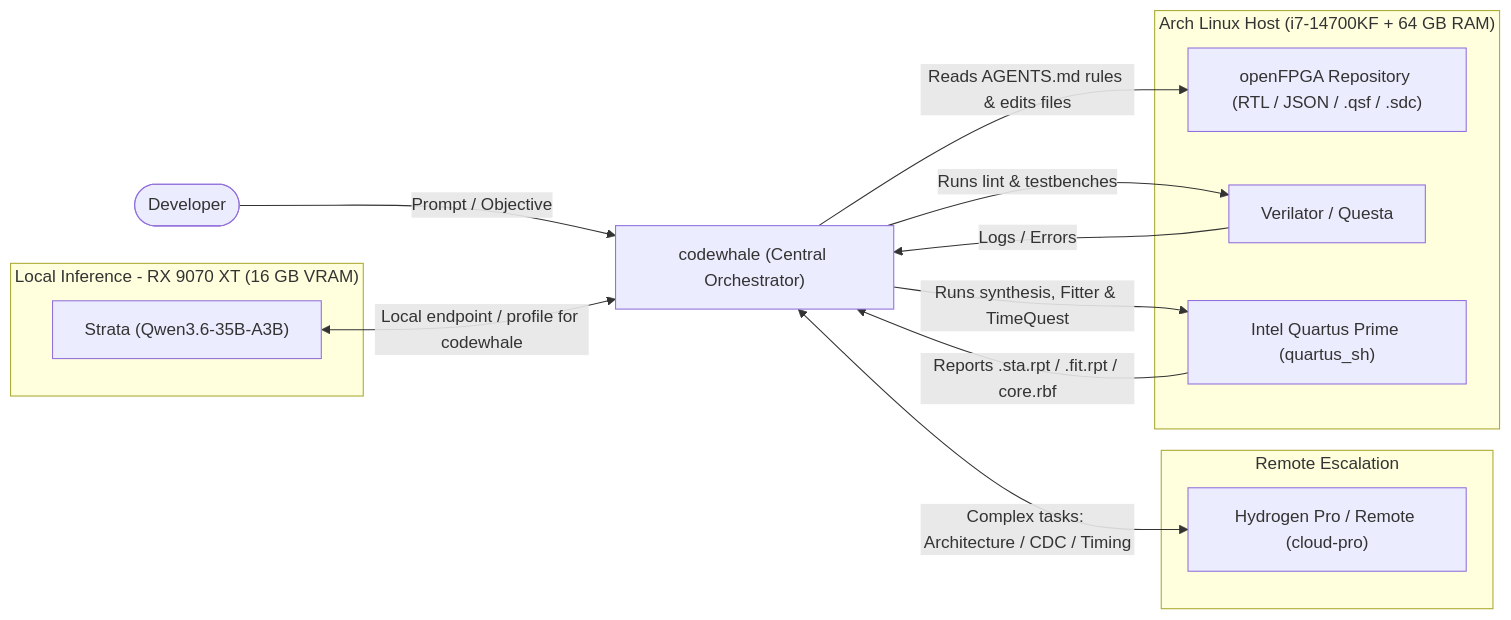
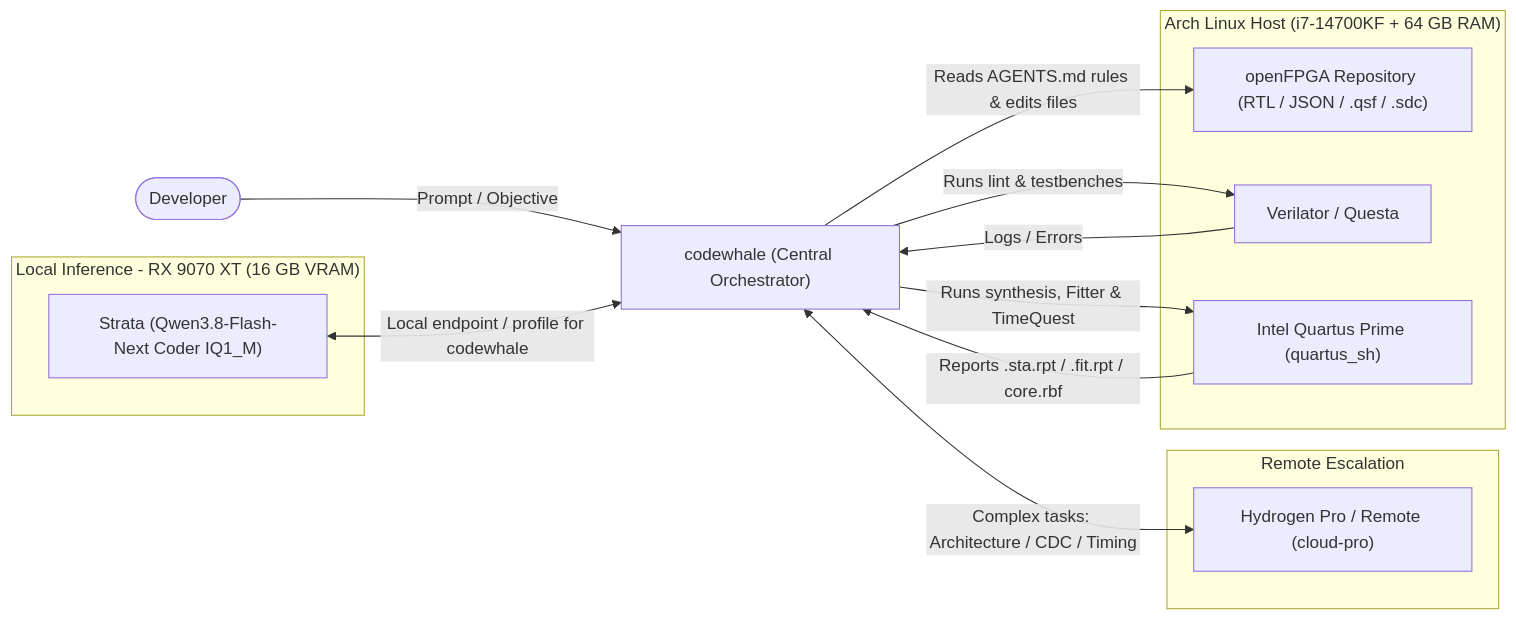
Before and after one commit to DanimanX/9070FpgaIAWorkflow: the first of 3 diagrams in docs/ai-fpga-workflow.md, drawn with Mermaid. The commit also changed other lines of this file and 2 other files, not shown here.

Commit message:
Update README, AGENTS, and workflow docs for Strata Coder IQ1_M setup

````diff
--- a/docs/ai-fpga-workflow.md
+++ b/docs/ai-fpga-workflow.md
@@ -11,26 +11,26 @@
 ```mermaid
 flowchart LR
     Dev(["Developer"]) -->|"Prompt / Objective"| CW["codewhale (Central Orchestrator)"]
 
     subgraph LocalGPU["Local Inference - RX 9070 XT (16 GB VRAM)"]
-        Strata["Strata (Qwen3.6-35B-A3B)"]
+        Strata["Strata (Qwen3.8-Flash-Next Coder IQ1_M)"]
     end
 
     subgraph CloudAPI["Remote Escalation"]
         Cloud["Hydrogen Pro / Remote (cloud-pro)"]
     end
 
     subgraph Toolchain["Arch Linux Host (i7-14700KF + 64 GB RAM)"]
         FS["openFPGA Repository (RTL / JSON / .qsf / .sdc)"]
         Sim["Verilator / Questa"]
         Quartus["Intel Quartus Prime (quartus_sh)"]
     end
 
     Strata <-->|"Local endpoint / profile for codewhale"| CW
     CW <-->|"Complex tasks: Architecture / CDC / Timing"| Cloud
     CW -->|"Reads AGENTS.md rules & edits files"| FS
     CW -->|"Runs lint & testbenches"| Sim
     CW -->|"Runs synthesis, Fitter & TimeQuest"| Quartus
     Sim -->|"Logs / Errors"| CW
     Quartus -->|"Reports .sta.rpt / .fit.rpt / core.rbf"| CW
 ```
````
